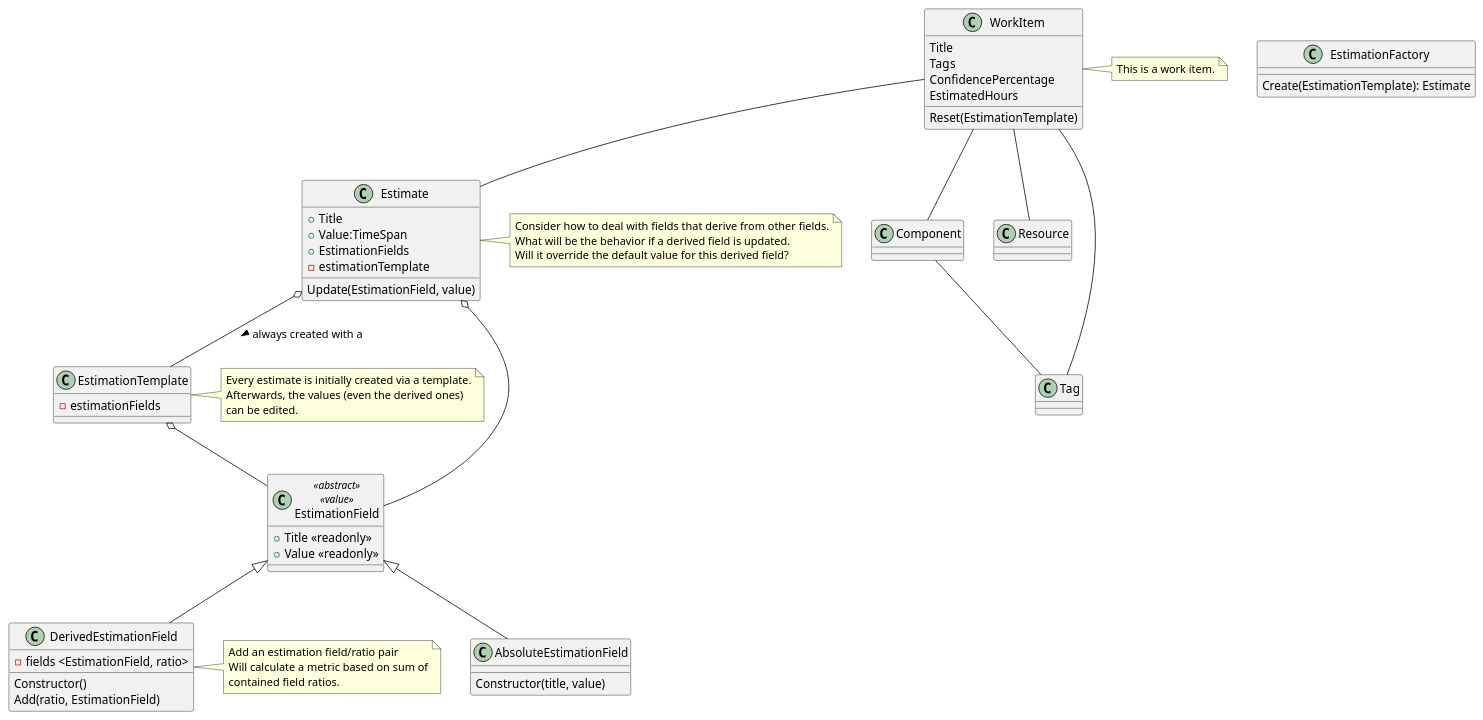
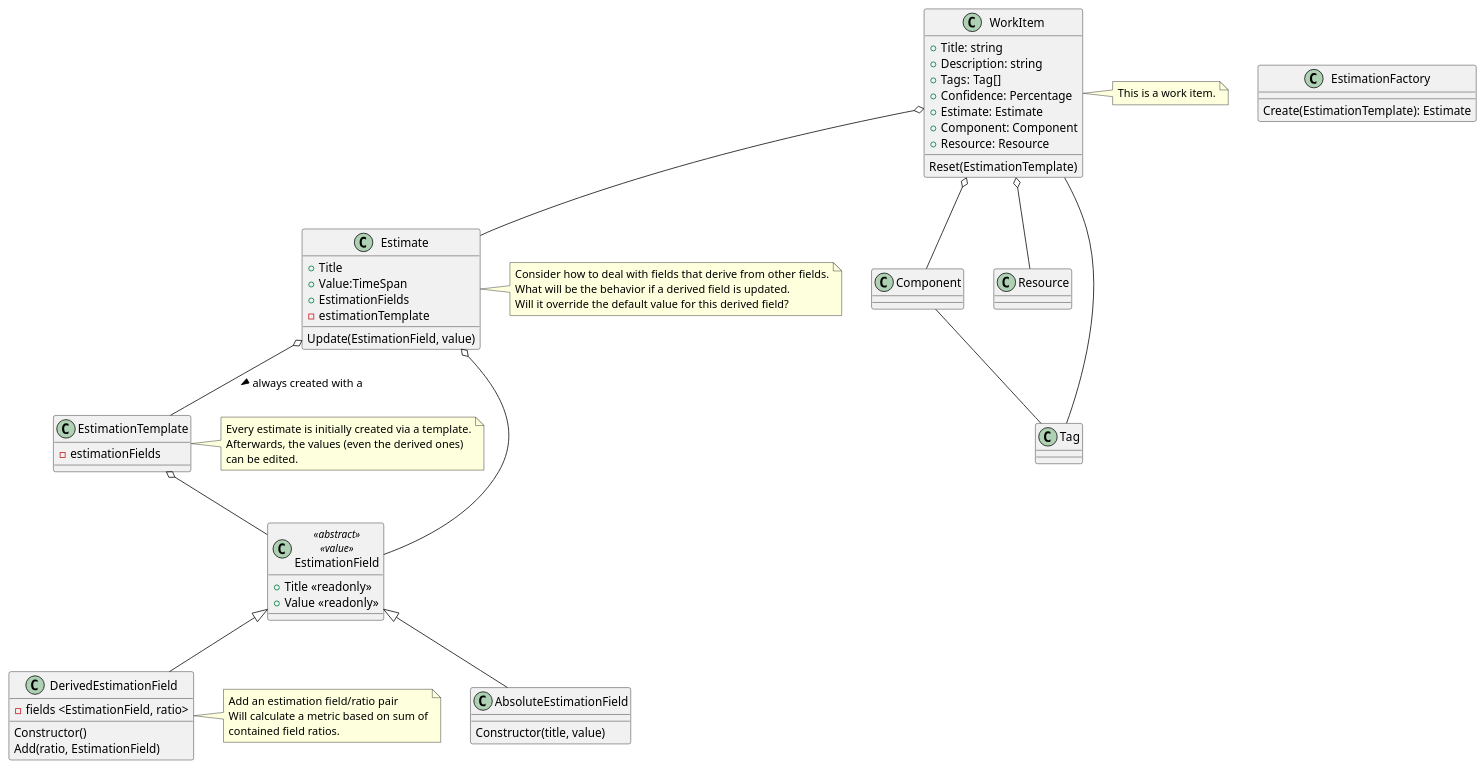
One commit to bobbyache/EffortEstimator changed the diagram in docs/use-cases/edit-workitem/diagrams/edit-workitem-domain.plantuml. Above: the diagram before and after it, drawn with PlantUML. The commit also changed 1 other file, not shown here.

Commit message:
Some edits to edit work item

```diff
--- a/docs/use-cases/edit-workitem/diagrams/edit-workitem-domain.plantuml
+++ b/docs/use-cases/edit-workitem/diagrams/edit-workitem-domain.plantuml
@@ -1,79 +1,83 @@
 @startuml
     ' https://plantuml.com/salt
 
-    class Component {}
     class WorkItem {
-        Title
-        Tags
-        ConfidencePercentage
-        EstimatedHours
+        + Title: string
+        + Description: string
+        + Tags: Tag[]
+        + Confidence: Percentage
+        + Estimate: Estimate
+        + Component: Component
+        + Resource: Resource
         Reset(EstimationTemplate)
     }
     note right of WorkItem
         This is a work item.
     end note
     
+    class Component {}
+
     class Estimate {
         + Title
         + Value:TimeSpan
         + EstimationFields
         - estimationTemplate
         Update(EstimationField, value)
     }
     note right of Estimate
     Consider how to deal with fields that derive from other fields.
     What will be the behavior if a derived field is updated.
     Will it override the default value for this derived field?
     end note
 
     class Resource {}
     class Tag {}
     class EstimationTemplate {
         - estimationFields
     }
     note right of EstimationTemplate
     Every estimate is initially created via a template.
     Afterwards, the values (even the derived ones)
     can be edited.
     end note
 
     class EstimationFactory {
         Create(EstimationTemplate): Estimate
     }
     
     class EstimationField <<abstract>> <<value>> {
         + Title <<readonly>>
         + Value <<readonly>>
     }
     class AbsoluteEstimationField {
         Constructor(title, value)
     }
 
     class DerivedEstimationField {
         - fields <EstimationField, ratio>
         Constructor()
         Add(ratio, EstimationField)
     }
     note left of DerivedEstimationField
         Add an estimation field/ratio pair
         Will calculate a metric based on sum of
         contained field ratios.        
     end note
 
     EstimationTemplate o-- EstimationField
     Estimate o--EstimationTemplate : always created with a >
     Estimate o-- EstimationField
     EstimationField <|-- DerivedEstimationField
     EstimationField <|-- AbsoluteEstimationField
 
     ' Estimate -- EstimationFactory
     ' EstimationFactory -- EstimationTemplate
 
     Component -- Tag
     WorkItem -- Tag
 
-    WorkItem -- Component
-    WorkItem -- Resource
-    WorkItem -- Estimate
+    WorkItem o-- Component
+    WorkItem o-- Resource
+    WorkItem o-- Estimate
 
 @enduml
```
